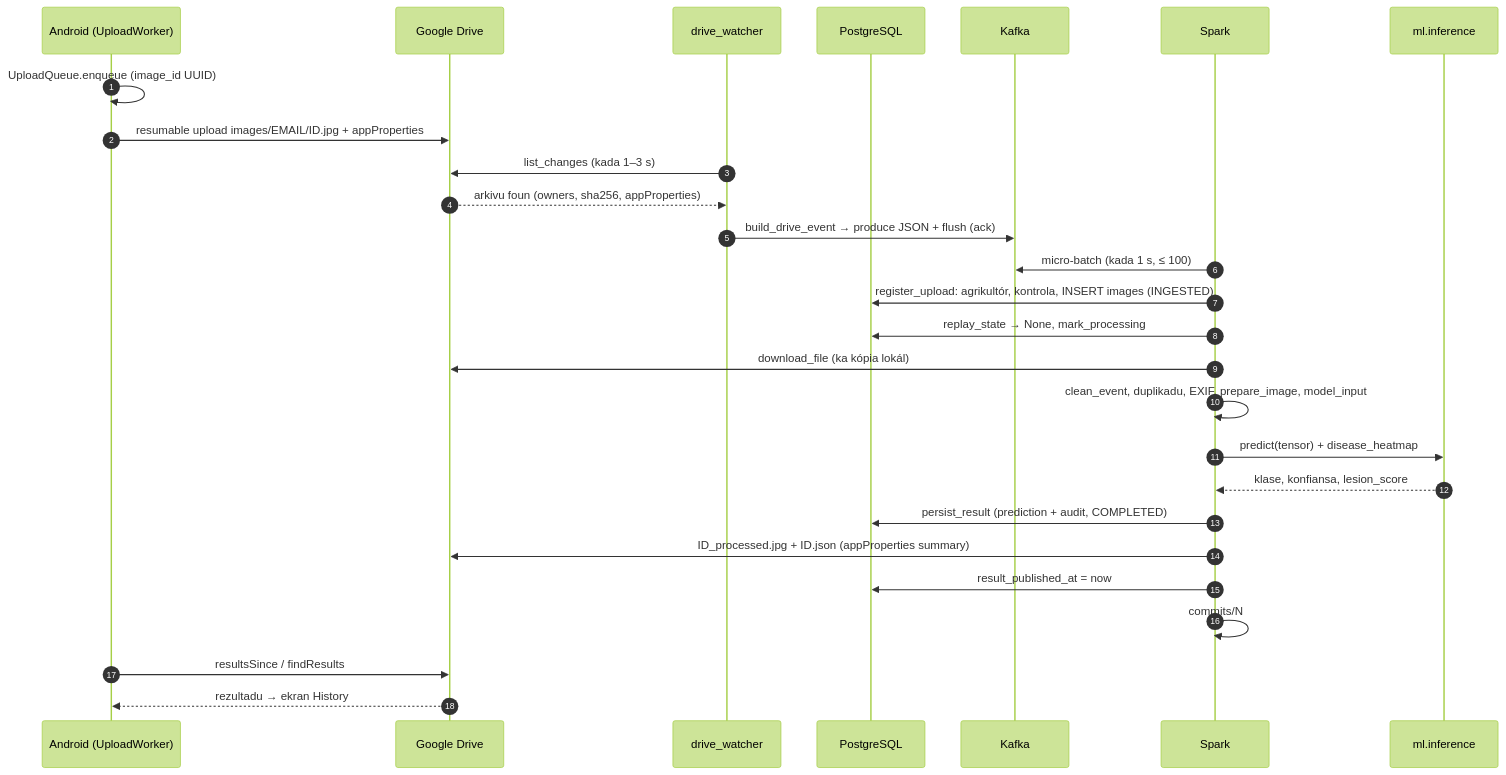
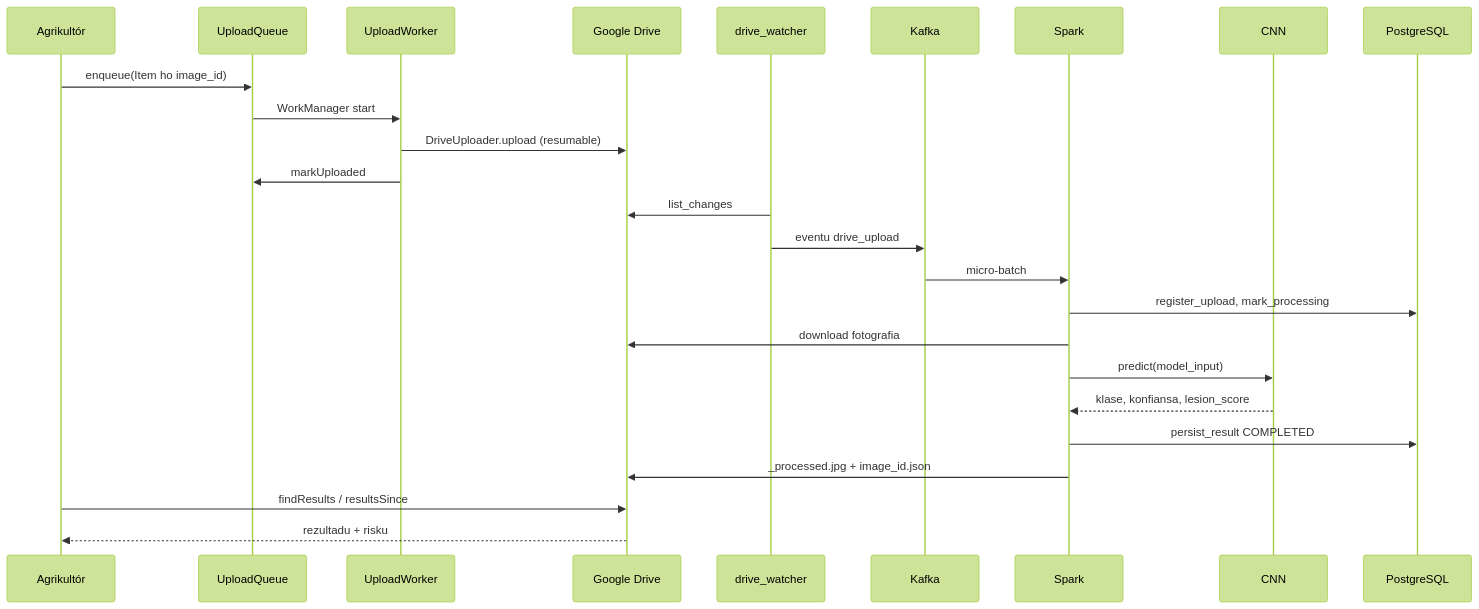
Before and after one commit to AOD-collab/-crop-disease-ews: the fourth of 6 diagrams in documentation/technical_modules/src/06_end_to_end_integration_module.md, drawn with Mermaid (forest theme). The commit also changed other lines of this file and 41 other files, not shown here.

````diff
--- a/documentation/technical_modules/src/06_end_to_end_integration_module.md
+++ b/documentation/technical_modules/src/06_end_to_end_integration_module.md
@@ -117,29 +161,27 @@
 ```mermaid
 sequenceDiagram
-    autonumber
-    participant APP as Android (UploadWorker)
-    participant GD as Google Drive
+    participant F as Agrikultór
+    participant Q as UploadQueue
+    participant UW as UploadWorker
+    participant G as Google Drive
     participant W as drive_watcher
-    participant DB as PostgreSQL
     participant K as Kafka
     participant S as Spark
-    participant CNN as ml.inference
-    APP->>APP: UploadQueue.enqueue (image_id UUID)
-    APP->>GD: resumable upload images/EMAIL/ID.jpg + appProperties
-    W->>GD: list_changes (kada 1–3 s)
-    GD-->>W: arkivu foun (owners, sha256, appProperties)
-    W->>K: build_drive_event → produce JSON + flush (ack)
-    S->>K: micro-batch (kada 1 s, ≤ 100)
-    S->>DB: register_upload: agrikultór, kontrola, INSERT images (INGESTED)
-    S->>DB: replay_state → None, mark_processing
-    S->>GD: download_file (ka kópia lokál)
-    S->>S: clean_event, duplikadu, EXIF, prepare_image, model_input
-    S->>CNN: predict(tensor) + disease_heatmap
-    CNN-->>S: klase, konfiansa, lesion_score
-    S->>DB: persist_result (prediction + audit, COMPLETED)
-    S->>GD: ID_processed.jpg + ID.json (appProperties summary)
-    S->>DB: result_published_at = now
-    S->>S: commits/N
-    APP->>GD: resultsSince / findResults
-    GD-->>APP: rezultadu → ekran History
+    participant C as CNN
+    participant P as PostgreSQL
+    F->>Q: enqueue(Item ho image_id)
+    Q->>UW: WorkManager start
+    UW->>G: DriveUploader.upload (resumable)
+    UW->>Q: markUploaded
+    W->>G: list_changes
+    W->>K: eventu drive_upload
+    K->>S: micro-batch
+    S->>P: register_upload, mark_processing
+    S->>G: download fotografia
+    S->>C: predict(model_input)
+    C-->>S: klase, konfiansa, lesion_score
+    S->>P: persist_result COMPLETED
+    S->>G: _processed.jpg + image_id.json
+    F->>G: findResults / resultsSince
+    G-->>F: rezultadu + risku
 ```
````
